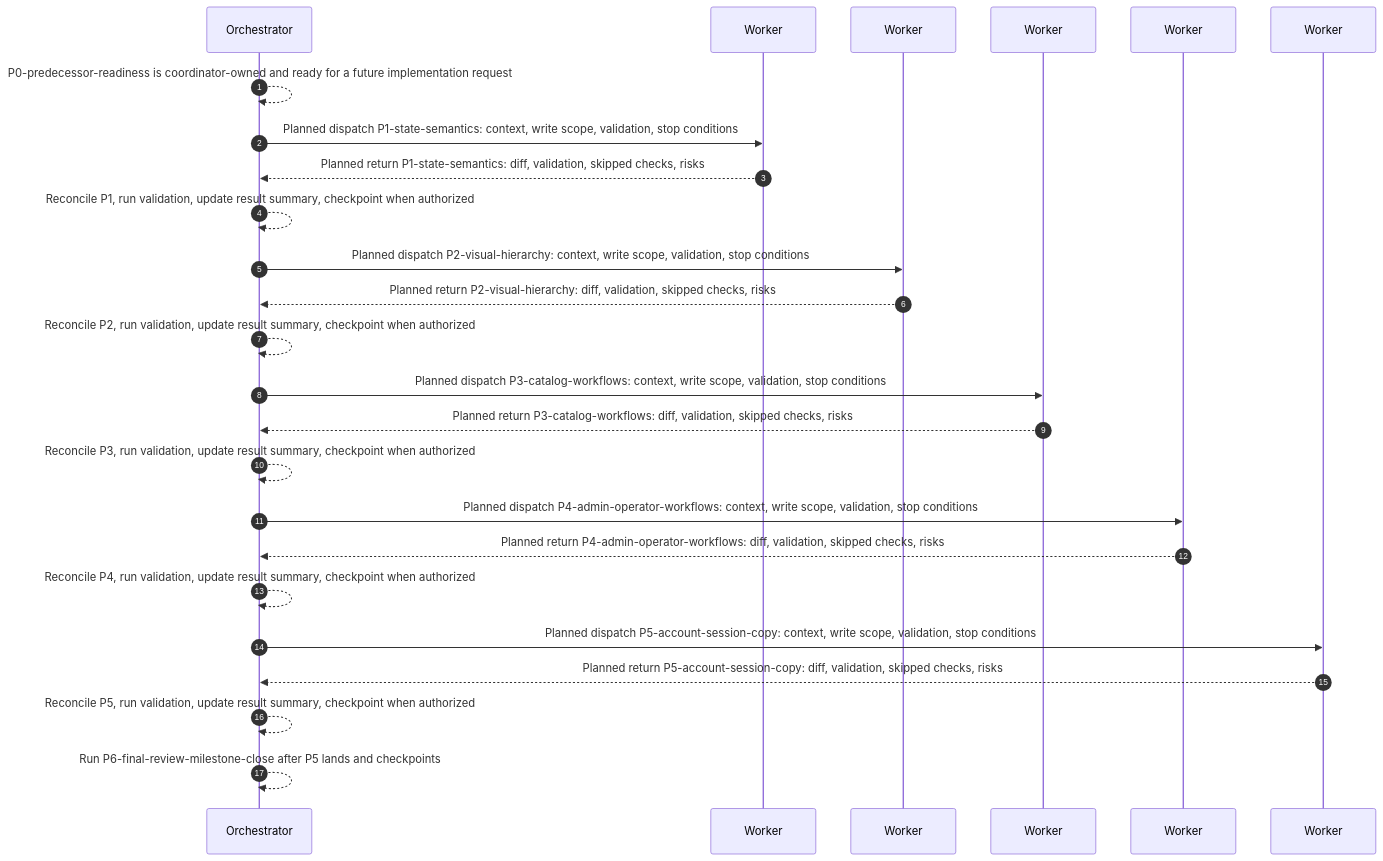
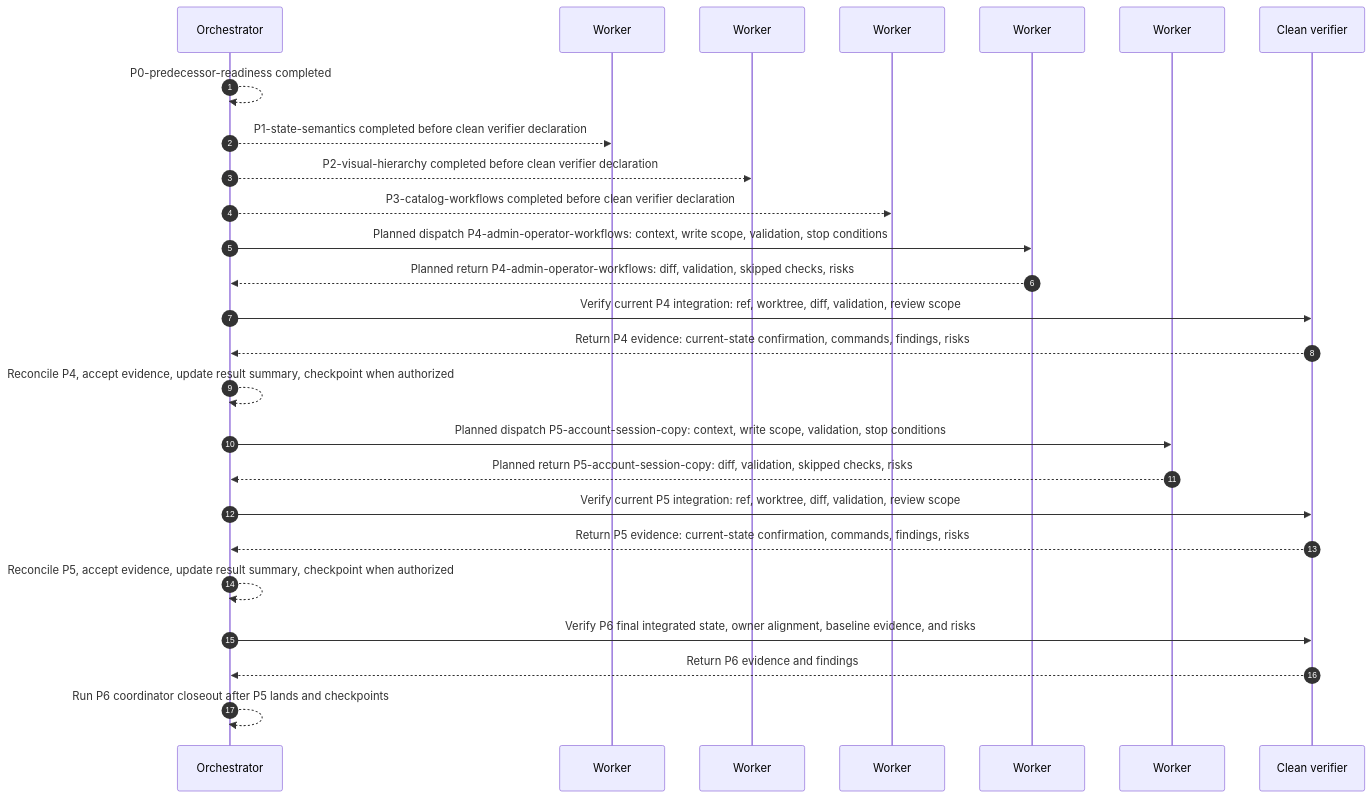
One commit to kamkie/technical-interview-frontend changed the diagram in .agents/plans/PLAN_workflow_polish.md. Above: the diagram before and after it, drawn with Mermaid. The commit also changed other lines of this file and 3 other files, not shown here.

Commit message:
docs(plans): add clean verifier workflow

````diff
--- a/.agents/plans/PLAN_workflow_polish.md
+++ b/.agents/plans/PLAN_workflow_polish.md
@@ -645,34 +670,32 @@
 ```mermaid
 sequenceDiagram
     autonumber
     participant O as Orchestrator
     participant W1 as Worker
     participant W2 as Worker
     participant W3 as Worker
     participant W4 as Worker
     participant W5 as Worker
+    participant V as Clean verifier
 
-    O-->>O: P0-predecessor-readiness is coordinator-owned and ready for a future implementation request
-
-    O->>W1: Planned dispatch P1-state-semantics: context, write scope, validation, stop conditions
-    W1-->>O: Planned return P1-state-semantics: diff, validation, skipped checks, risks
-    O-->>O: Reconcile P1, run validation, update result summary, checkpoint when authorized
-
-    O->>W2: Planned dispatch P2-visual-hierarchy: context, write scope, validation, stop conditions
-    W2-->>O: Planned return P2-visual-hierarchy: diff, validation, skipped checks, risks
-    O-->>O: Reconcile P2, run validation, update result summary, checkpoint when authorized
-
-    O->>W3: Planned dispatch P3-catalog-workflows: context, write scope, validation, stop conditions
-    W3-->>O: Planned return P3-catalog-workflows: diff, validation, skipped checks, risks
-    O-->>O: Reconcile P3, run validation, update result summary, checkpoint when authorized
+    O-->>O: P0-predecessor-readiness completed
+    O-->>W1: P1-state-semantics completed before clean verifier declaration
+    O-->>W2: P2-visual-hierarchy completed before clean verifier declaration
+    O-->>W3: P3-catalog-workflows completed before clean verifier declaration
 
     O->>W4: Planned dispatch P4-admin-operator-workflows: context, write scope, validation, stop conditions
     W4-->>O: Planned return P4-admin-operator-workflows: diff, validation, skipped checks, risks
-    O-->>O: Reconcile P4, run validation, update result summary, checkpoint when authorized
+    O->>V: Verify current P4 integration: ref, worktree, diff, validation, review scope
+    V-->>O: Return P4 evidence: current-state confirmation, commands, findings, risks
+    O-->>O: Reconcile P4, accept evidence, update result summary, checkpoint when authorized
 
     O->>W5: Planned dispatch P5-account-session-copy: context, write scope, validation, stop conditions
     W5-->>O: Planned return P5-account-session-copy: diff, validation, skipped checks, risks
-    O-->>O: Reconcile P5, run validation, update result summary, checkpoint when authorized
+    O->>V: Verify current P5 integration: ref, worktree, diff, validation, review scope
+    V-->>O: Return P5 evidence: current-state confirmation, commands, findings, risks
+    O-->>O: Reconcile P5, accept evidence, update result summary, checkpoint when authorized
 
-    O-->>O: Run P6-final-review-milestone-close after P5 lands and checkpoints
+    O->>V: Verify P6 final integrated state, owner alignment, baseline evidence, and risks
+    V-->>O: Return P6 evidence and findings
+    O-->>O: Run P6 coordinator closeout after P5 lands and checkpoints
 ```
````
